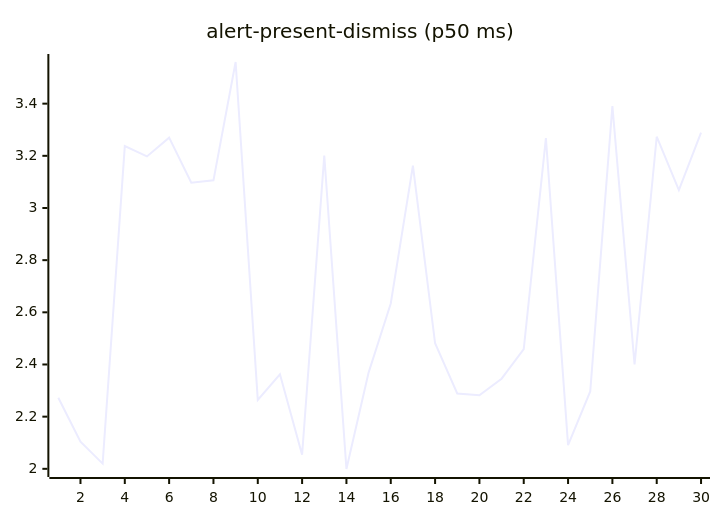
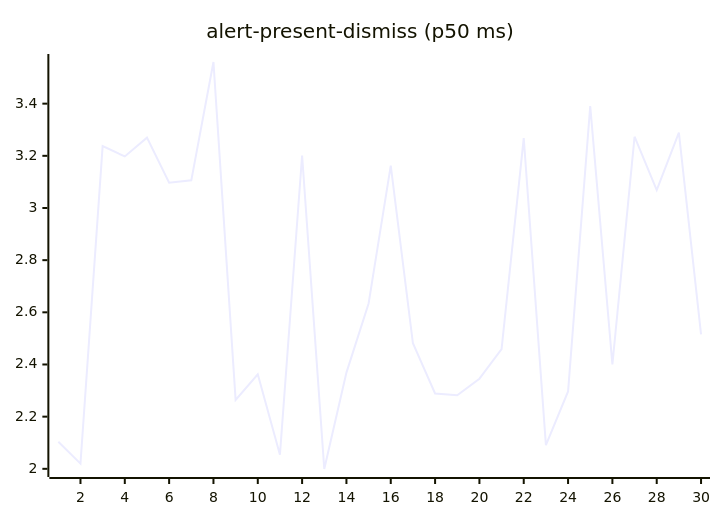
Before and after one commit to josha/Facet: the second of 27 diagrams in README.md, drawn with Mermaid. The commit also changed other lines of this file and 2 other files, not shown here.

````diff
--- a/README.md
+++ b/README.md
@@ -70,6 +70,6 @@
 ```mermaid
 xychart-beta
     title "alert-present-dismiss (p50 ms)"
     x-axis 1 --> 30
-    line [2.2722, 2.1040, 2.0200, 3.2371, 3.1976, 3.2697, 3.0970, 3.1061, 3.5597, 2.2642, 2.3626, 2.0543, 3.2013, 1.9993, 2.3689, 2.6340, 3.1626, 2.4814, 2.2888, 2.2819, 2.3455, 2.4588, 3.2682, 2.0908, 2.2965, 3.3910, 2.4000, 3.2732, 3.0684, 3.2888]
+    line [2.1040, 2.0200, 3.2371, 3.1976, 3.2697, 3.0970, 3.1061, 3.5597, 2.2642, 2.3626, 2.0543, 3.2013, 1.9993, 2.3689, 2.6340, 3.1626, 2.4814, 2.2888, 2.2819, 2.3455, 2.4588, 3.2682, 2.0908, 2.2965, 3.3910, 2.4000, 3.2732, 3.0684, 3.2888, 2.5156]
 ```
````
